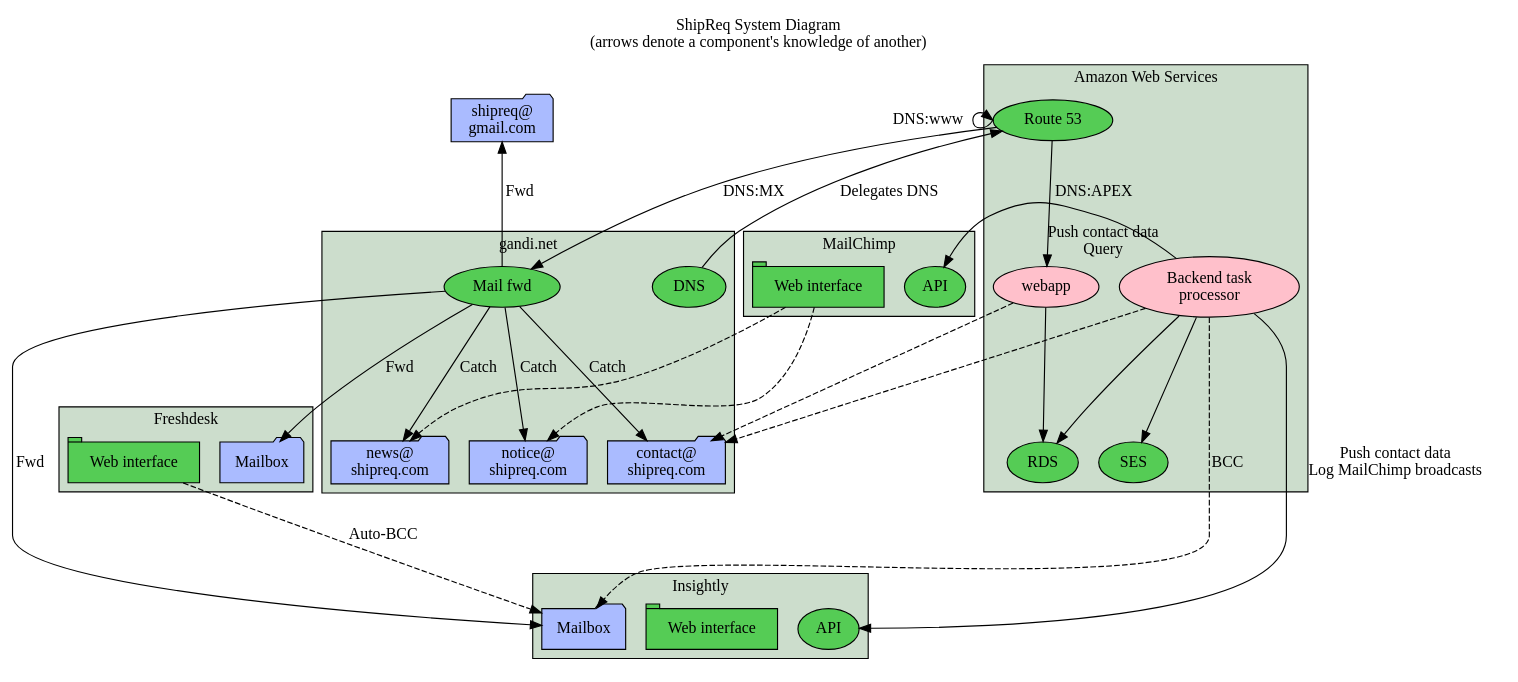
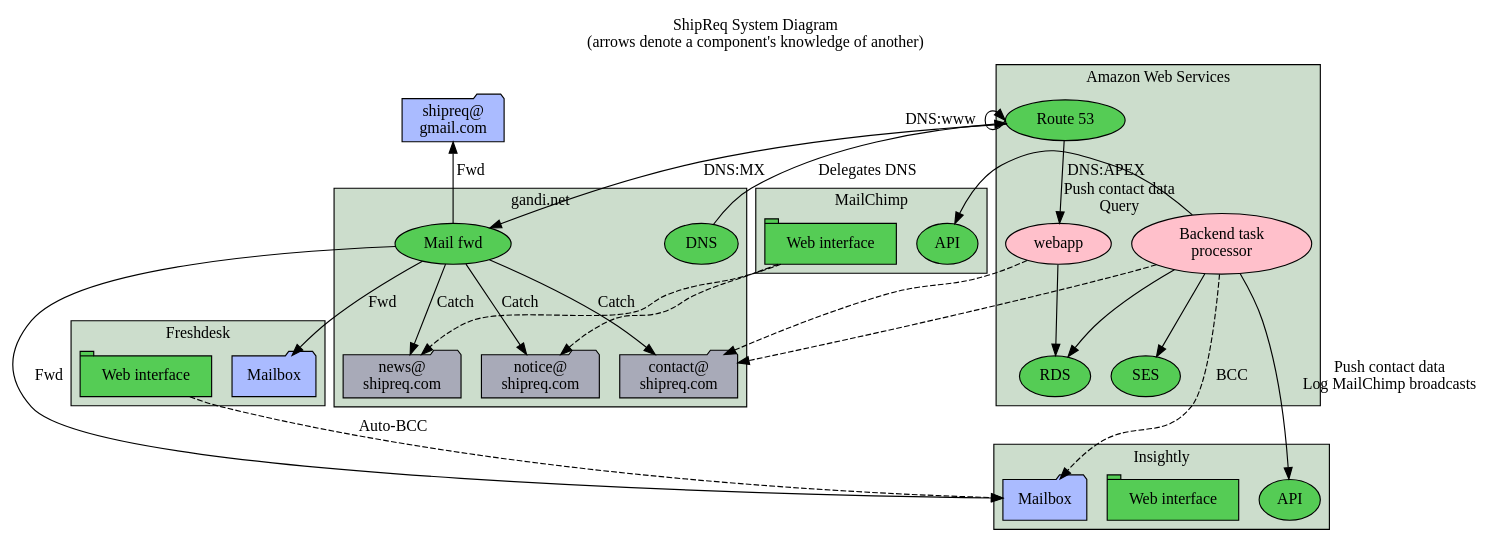
Before and after one commit to shipreq/shipreq: the diagram in CommsSystem/system_diagram-comms_idea-2.gv, drawn with Graphviz. The commit also changed 3 other files, not shown here.

```diff
--- a/CommsSystem/system_diagram-comms_idea-2.gv
+++ b/CommsSystem/system_diagram-comms_idea-2.gv
@@ -1,85 +1,85 @@
 digraph G {
   compound=true
   labelloc=t
   label="ShipReq System Diagram\n(arrows denote a component's knowledge of another)"
   style=filled fillcolor="#e2ffe2"
   node [style=filled fillcolor="#55cc55"]
-  edge [minlen=2]
+  // edge [minlen=2]
 
   // -----------------------------------------------------------------------------------------------
 
   gmail [label="shipreq@\ngmail.com" shape=folder style=filled fillcolor="#aabbff"]
 
   subgraph cluster_gandi {
     fillcolor="#ccddcc"
     label="gandi.net"
     gandi_dns [label="DNS"]
     gandi_mx [label="Mail fwd"]
-    ea_contact [label="contact@\nshipreq.com" shape=folder style=filled fillcolor="#aabbff"]
-    ea_news [label="news@\nshipreq.com" shape=folder style=filled fillcolor="#aabbff"]
-    ea_notice [label="notice@\nshipreq.com" shape=folder style=filled fillcolor="#aabbff"]
+    ea_contact [label="contact@\nshipreq.com" shape=folder style=filled fillcolor="#a8aab8"]
+    ea_news [label="news@\nshipreq.com" shape=folder style=filled fillcolor="#a8aab8"]
+    ea_notice [label="notice@\nshipreq.com" shape=folder style=filled fillcolor="#a8aab8"]
   }
 
   subgraph cluster_aws {
     fillcolor="#ccddcc"
     label="Amazon Web Services"
     aws_r53 [label="Route 53"]
     aws_rds [label="RDS"]
     aws_ses [label="SES"]
     {node[fillcolor=pink]
       wb  [label="webapp"]
       worker [label="Backend task\nprocessor"]
     }
   }
 
   subgraph cluster_mc {
     fillcolor="#ccddcc"
     label="MailChimp"
     mc_api [label="API"]
     mc_web [label="Web interface" shape=tab]
   }
 
   subgraph cluster_fd {
     fillcolor="#ccddcc"
     label="Freshdesk"
     fd_mail [label="Mailbox" shape=folder style=filled fillcolor="#aabbff"]
     fd_web [label="Web interface" shape=tab]
   }
 
   subgraph cluster_crm {
     fillcolor="#ccddcc"
     label="Insightly"
     crm_mail [label="Mailbox" shape=folder style=filled fillcolor="#aabbff"]
     crm_web [label="Web interface" shape=tab]
     crm_api [label="API"]
   }
 
   // -----------------------------------------------------------------------------------------------
 
   gandi_dns -> aws_r53 [label="Delegates DNS"]
   aws_r53:w -> aws_r53:w [label="DNS:www " dir=back]
   aws_r53 -> wb [label="DNS:APEX"]
 
   // Webapp
   wb -> aws_rds
   wb -> ea_contact [style=dashed]
 
   // MailChimp
   worker -> aws_ses,aws_rds
   worker -> mc_api [taillabel="Push contact data\nQuery"]
   worker -> crm_api [label="Push contact data\nLog MailChimp broadcasts"]
   mc_web -> ea_news,ea_notice [style=dashed]
 
   // Email forwarding
   aws_r53 -> gandi_mx [label="DNS:MX"]
   gandi_mx -> ea_contact,ea_news,ea_notice [label="Catch"]
   gandi_mx -> fd_mail,crm_mail [label="Fwd"]
   gmail -> gandi_mx [label="Fwd" dir=back]
 
   // Email [se|si]
   worker -> ea_contact [style=dashed]
   worker -> crm_mail [label="BCC" style=dashed]
 
   // Email [f]
   fd_web -> crm_mail [label="Auto-BCC" style=dashed]
 }
```
